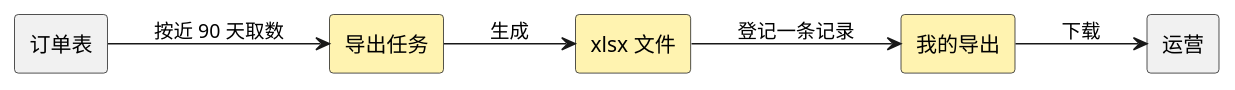
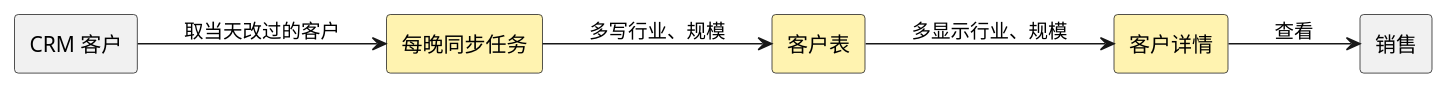
The sixth of 6 diagrams in assets/claude-template/skills/dev-clarify/references/功能点配图.md (smdnkB/cgraphx), drawn with PlantUML before and after one commit. The commit also changed other lines of this file and 8 other files, not shown here.

First line of the commit message:
fix(skills): 按审查修功能点配图——样例图+编号规则+讨论稿接着改+测试从图派生

````diff
--- a/assets/claude-template/skills/dev-clarify/references/功能点配图.md
+++ b/assets/claude-template/skills/dev-clarify/references/功能点配图.md
@@ -375,28 +384,28 @@
 ```plantuml
 @startuml
 skinparam backgroundColor #FFFFFF
 skinparam rectangle {
   BackgroundColor #F1F1F1
   BorderColor #181818
   FontColor #000000
 }
 skinparam package {
   BackgroundColor #FFFFFF
   BorderColor #181818
   FontColor #000000
 }
 skinparam ArrowColor #181818
 left to right direction
 
-rectangle "订单表" as orders
-rectangle "导出任务" as exportTask #FFF3B0
-rectangle "xlsx 文件" as xlsx #FFF3B0
-rectangle "我的导出" as myExports #FFF3B0
-rectangle "运营" as ops
+rectangle "CRM 客户" as crm
+rectangle "每晚同步任务" as sync #FFF3B0
+rectangle "客户表" as customers #FFF3B0
+rectangle "客户详情" as detail #FFF3B0
+rectangle "销售" as sales
 
-orders --> exportTask : 按近 90 天取数
-exportTask --> xlsx : 生成
-xlsx --> myExports : 登记一条记录
-myExports --> ops : 下载
+crm --> sync : 取当天改过的客户
+sync --> customers : 多写行业、规模
+customers --> detail : 多显示行业、规模
+detail --> sales : 查看
 @enduml
 ```
````
